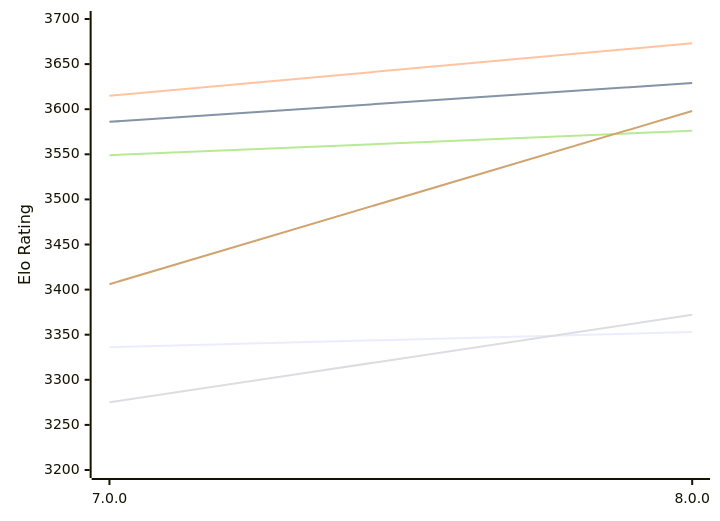
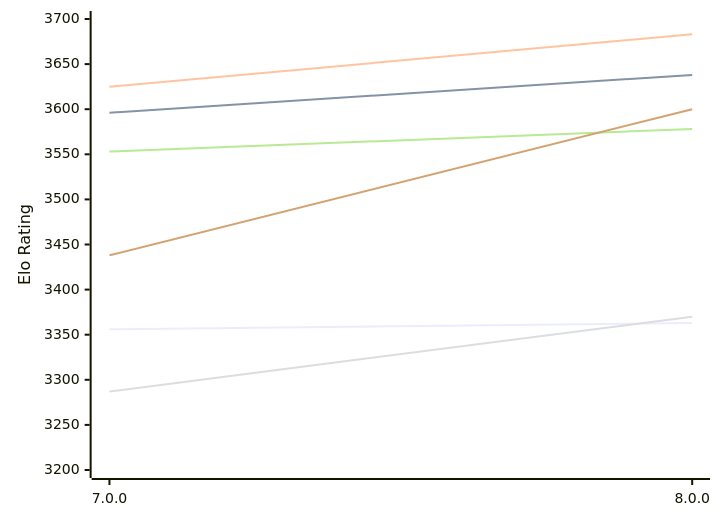
The first of 2 diagrams in engines/Stormphrax.md (computer-chess-index/cci), drawn with Mermaid before and after one commit. The commit also changed other lines of this file, not shown here.

Commit message:
Update CCI Ratings (ELO VLTC) - 2026-11-16

````diff
--- a/engines/Stormphrax.md
+++ b/engines/Stormphrax.md
@@ -52,12 +52,12 @@
 ```mermaid
 %%{init: {"theme":"base","themeVariables":{"seriesColors:['#a3a3a3','#222221','#faa371']}}}%%
 xychart-beta
   x-axis ["7.0.0", "8.0.0"]
   y-axis "Elo Rating" 3200 --> 3700
-  line "E1: STC (8.0+0.08s)" [3336, 3353]
-  line "E1: LTC (60.0+0.60s)" [3586, 3629]
-  line "E1: VLTC (2m24s+1.12s)" [3615, 3673]
-  line "P1: STC (8.0+0.08s)" [3275, 3372]
-  line "P1: LTC (60.0+0.60s)" [3549, 3576]
-  line "P1: VLTC (2m24s+1.12s)" [3406, 3598]
+  line "E1: STC (8.0+0.08s)" [3356, 3363]
+  line "E1: LTC (60.0+0.60s)" [3596, 3638]
+  line "E1: VLTC (2m24s+1.12s)" [3625, 3683]
+  line "P1: STC (8.0+0.08s)" [3287, 3370]
+  line "P1: LTC (60.0+0.60s)" [3553, 3578]
+  line "P1: VLTC (2m24s+1.12s)" [3438, 3600]
 ```
````
